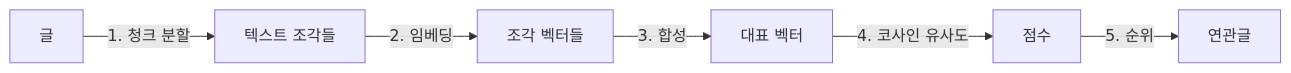
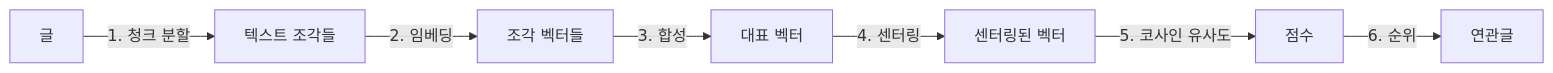
One commit to 4anghyeon/shdev.blog.v2 changed the diagram in scripts/related-posts/README.md. Above: the diagram before and after it, drawn with Mermaid. The commit also changed other lines of this file and 5 other files, not shown here.

````diff
--- a/scripts/related-posts/README.md
+++ b/scripts/related-posts/README.md
@@ -7,8 +7,9 @@
 ```mermaid
 flowchart LR
   A[글] -->|"1#46; 청크 분할"| B[텍스트 조각들]
   B -->|"2#46; 임베딩"| C[조각 벡터들]
   C -->|"3#46; 합성"| D[대표 벡터]
-  D -->|"4#46; 코사인 유사도"| E[점수]
-  E -->|"5#46; 순위"| F[연관글]
+  D -->|"4#46; 센터링"| G[센터링된 벡터]
+  G -->|"5#46; 코사인 유사도"| E[점수]
+  E -->|"6#46; 순위"| F[연관글]
 ```
````
